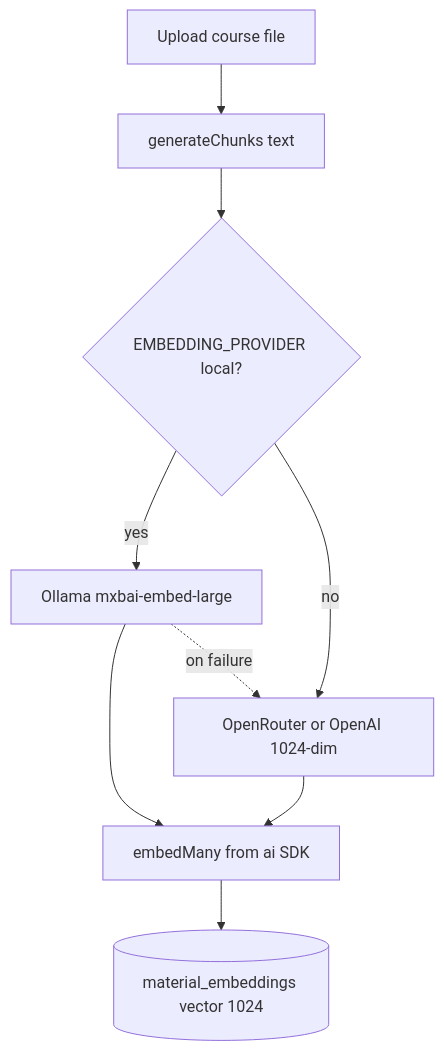
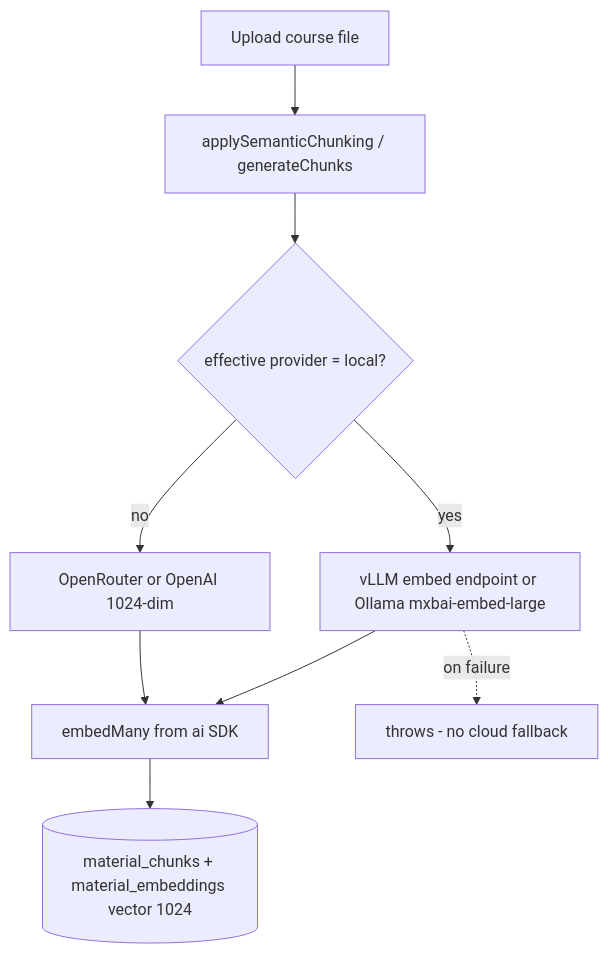
One commit to EduAI-Lab/EduAI changed the third of 7 diagrams in docs/ARCHITECTURE.md. Above: the diagram before and after it, drawn with Mermaid. The commit also changed other lines of this file and 11 other files, not shown here.

First line of the commit message:
docs: refresh architecture, deployment, and operations guides

````diff
--- a/docs/ARCHITECTURE.md
+++ b/docs/ARCHITECTURE.md
@@ -126,15 +143,15 @@
 ```mermaid
 flowchart TD
   Upload[Upload course file]
-  Chunk[generateChunks text]
-  Mode{EMBEDDING_PROVIDER local?}
-  Ollama[Ollama mxbai-embed-large]
+  Chunk[applySemanticChunking / generateChunks]
+  Mode{effective provider = local?}
+  Local[vLLM embed endpoint or Ollama mxbai-embed-large]
   Cloud[OpenRouter or OpenAI 1024-dim]
   Many[embedMany from ai SDK]
-  PG[(material_embeddings vector 1024)]
+  PG[(material_chunks + material_embeddings vector 1024)]
   Upload --> Chunk --> Mode
-  Mode -->|yes| Ollama --> Many
+  Mode -->|yes| Local --> Many
   Mode -->|no| Cloud --> Many
-  Ollama -.->|on failure| Cloud
+  Local -.->|on failure| Fail[throws - no cloud fallback]
   Many --> PG
 ```
````
